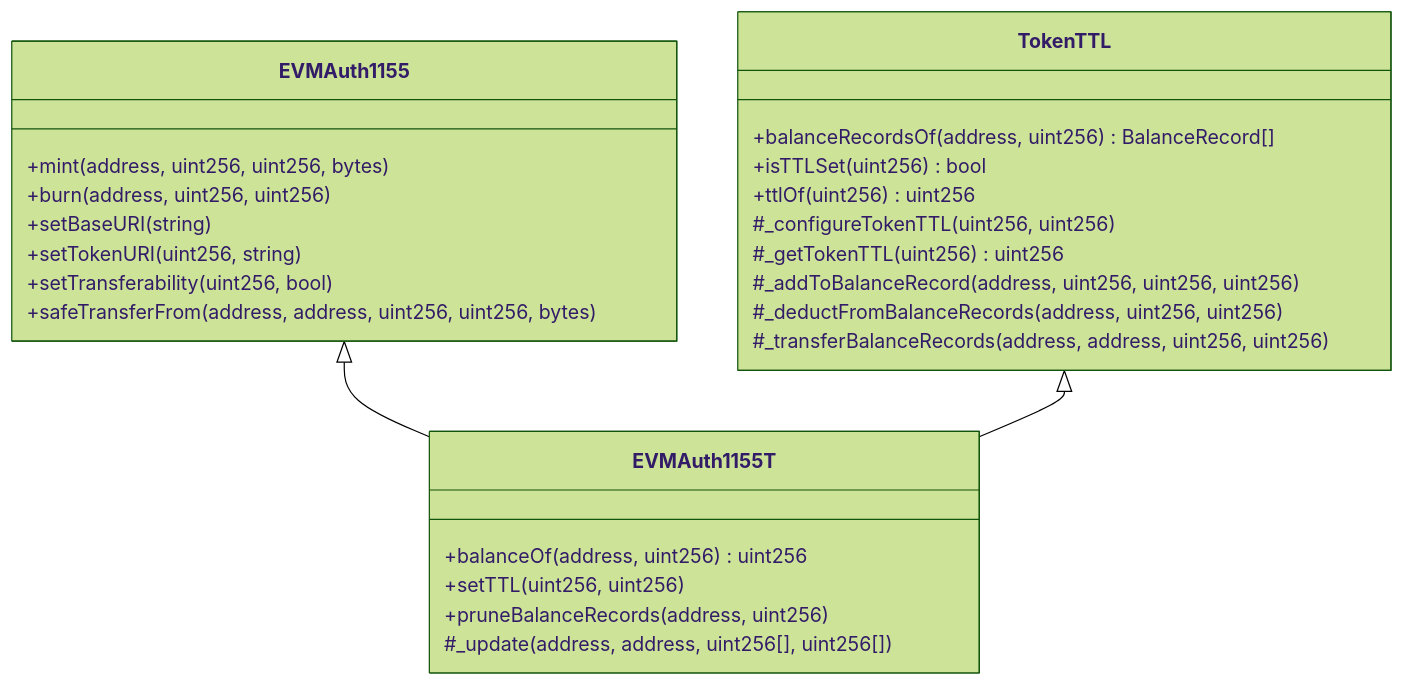
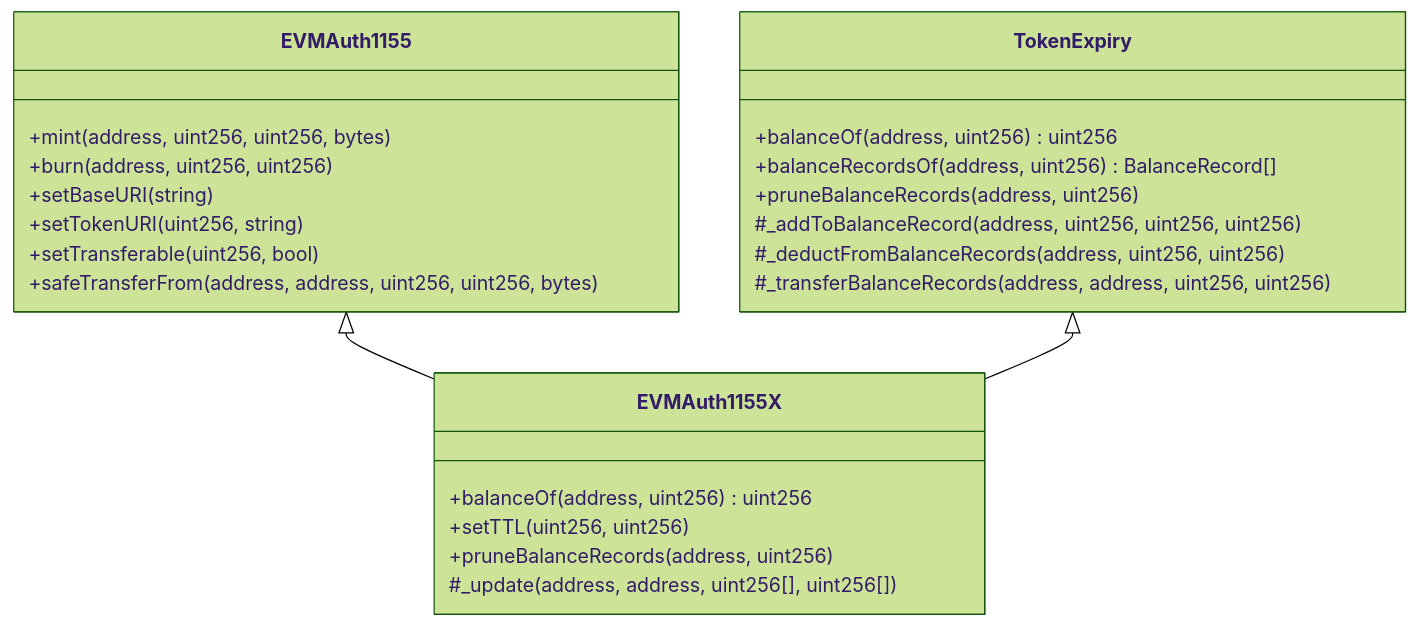
One commit to glanzz/evmauth-core changed the tenth of 18 diagrams in src/README.md. Above: the diagram before and after it, drawn with Mermaid (forest theme). The commit also changed other lines of this file and 28 other files, not shown here.

````diff
--- a/src/README.md
+++ b/src/README.md
@@ -579,30 +538,28 @@
 ```mermaid
 classDiagram
     class EVMAuth1155{
         +mint(address, uint256, uint256, bytes)
         +burn(address, uint256, uint256)
         +setBaseURI(string)
         +setTokenURI(uint256, string)
-        +setTransferability(uint256, bool)
+        +setTransferable(uint256, bool)
         +safeTransferFrom(address, address, uint256, uint256, bytes)
     }
-    class TokenTTL{
+    class TokenExpiry{
+        +balanceOf(address, uint256) uint256
         +balanceRecordsOf(address, uint256) BalanceRecord[]
-        +isTTLSet(uint256) bool
-        +ttlOf(uint256) uint256
-        #_configureTokenTTL(uint256, uint256)
-        #_getTokenTTL(uint256) uint256
+        +pruneBalanceRecords(address, uint256)
         #_addToBalanceRecord(address, uint256, uint256, uint256)
         #_deductFromBalanceRecords(address, uint256, uint256)
         #_transferBalanceRecords(address, address, uint256, uint256)
     }
-    class EVMAuth1155T{
+    class EVMAuth1155X{
         +balanceOf(address, uint256) uint256
         +setTTL(uint256, uint256)
         +pruneBalanceRecords(address, uint256)
         #_update(address, address, uint256[], uint256[])
     }
     
-    EVMAuth1155 <|-- EVMAuth1155T
-    TokenTTL <|-- EVMAuth1155T
+    EVMAuth1155 <|-- EVMAuth1155X
+    TokenExpiry <|-- EVMAuth1155X
 ```
````
